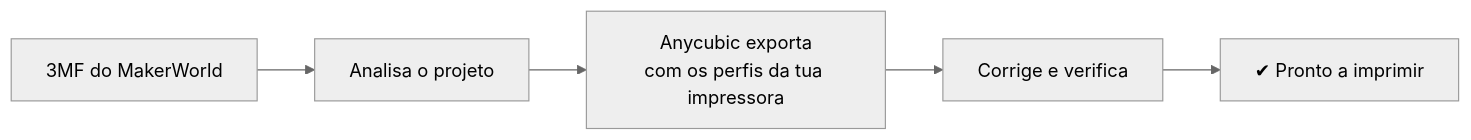
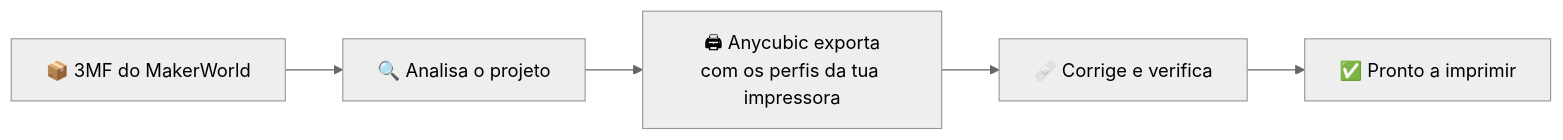
One commit to GodFaizT/makerworld-to-any changed the diagram in README.md. Above: the diagram before and after it, drawn with Mermaid (neutral theme). The commit also changed other lines of this file and 11 other files, not shown here.

````diff
--- a/README.md
+++ b/README.md
@@ -54,7 +156,7 @@
 ```mermaid
 flowchart LR
-    A["3MF do MakerWorld"] --> B["Analisa o projeto"]
-    B --> C["Anycubic exporta<br/>com os perfis da tua impressora"]
-    C --> D["Corrige e verifica"]
-    D --> E["✔ Pronto a imprimir"]
+    A["📦 3MF do MakerWorld"] --> B["🔍 Analisa o projeto"]
+    B --> C["🖨 Anycubic exporta<br/>com os perfis da tua impressora"]
+    C --> D["🩹 Corrige e verifica"]
+    D --> E["✅ Pronto a imprimir"]
 ```
````
